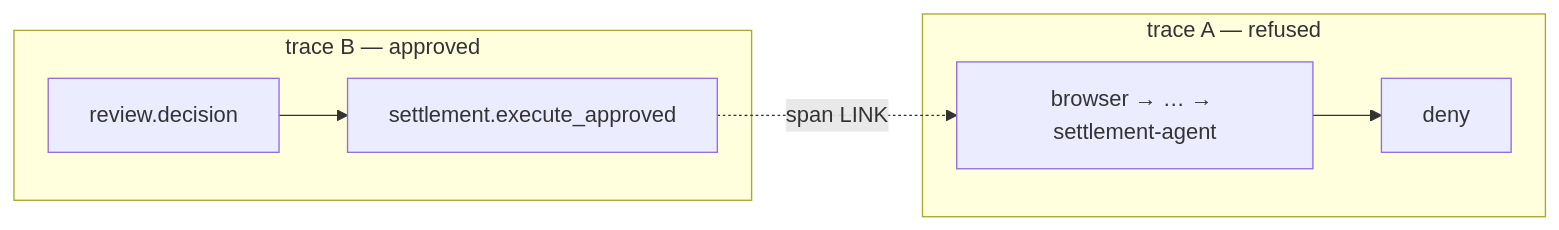
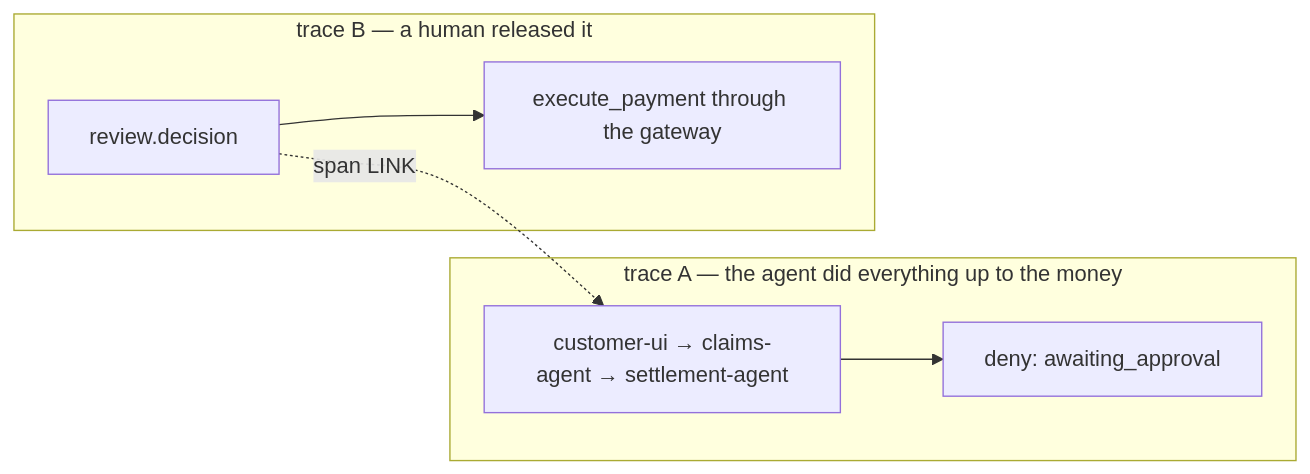
One commit to kaspernissen/aip-demo changed the fourth of 4 diagrams in docs/demo-runbook.md. Above: the diagram before and after it, drawn with Mermaid. The commit also changed other lines of this file and 11 other files, not shown here.

First line of the commit message:
feat(m8): approve and reject in the demo driver, the flow in spec section 4, and the ceiling no longer 403s a session's GET and DELETE

```diff
--- a/docs/demo-runbook.md
+++ b/docs/demo-runbook.md
@@ -923,10 +978,10 @@
 <pre class="mermaid">
 flowchart LR
-    subgraph A["trace A — refused"]
-        a1["browser → … → settlement-agent"] --> a2["deny"]
+    subgraph A["trace A — the agent did everything up to the money"]
+        a1["customer-ui → claims-agent → settlement-agent"] --> a2["deny: awaiting_approval"]
     end
-    subgraph B["trace B — approved"]
-        b1["review.decision"] --> b2["settlement.execute_approved"]
+    subgraph B["trace B — a human released it"]
+        b1["review.decision"] --> b2["execute_payment through the gateway"]
     end
-    b2 -.->|"span LINK"| a1
+    b1 -.->|"span LINK"| a1
 </pre>
```
